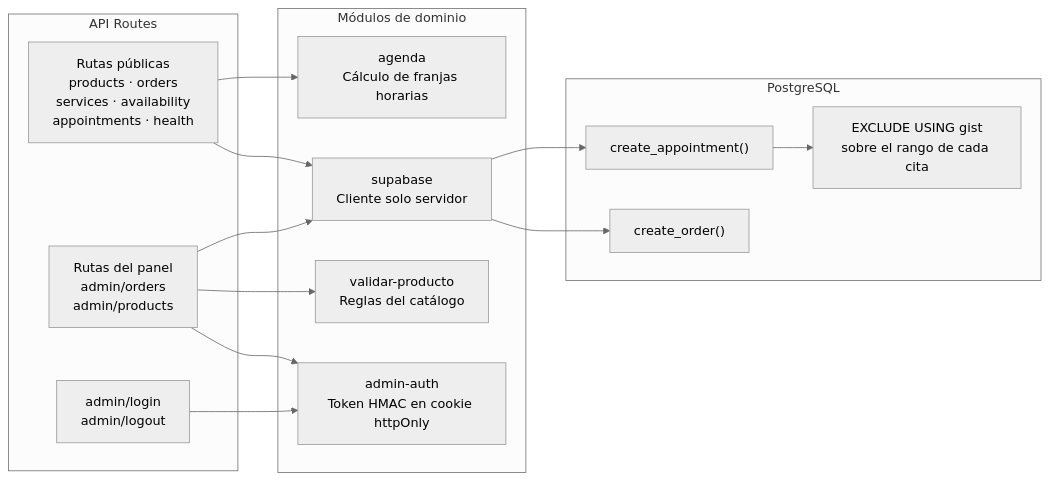
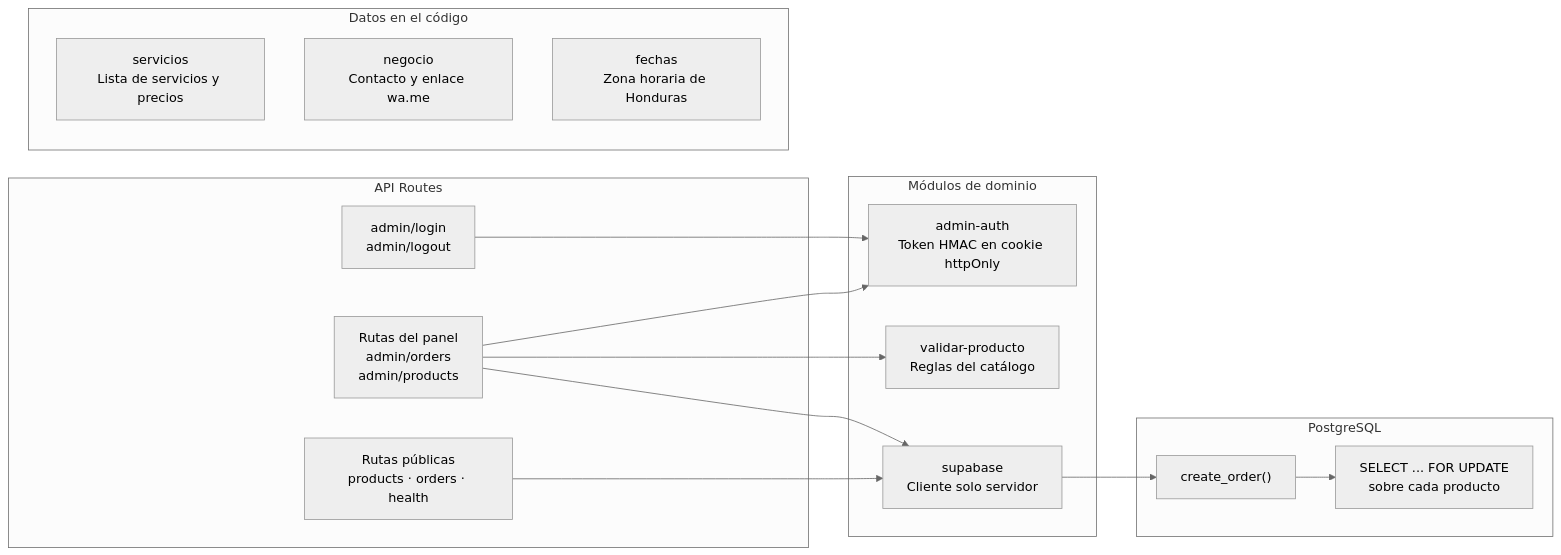
One commit to Alejandro-Paz05/Proyecto_ISW2 changed the third of 7 diagrams in docs/arquitectura.md. Above: the diagram before and after it, drawn with Mermaid (neutral theme). The commit also changed other lines of this file and 2 other files, not shown here.

````diff
--- a/docs/arquitectura.md
+++ b/docs/arquitectura.md
@@ -87,31 +98,33 @@
 ```mermaid
 flowchart LR
     subgraph rutas["API Routes"]
-        publicas["Rutas públicas<br/>products · orders<br/>services · availability<br/>appointments · health"]
+        publicas["Rutas públicas<br/>products · orders · health"]
         privadas["Rutas del panel<br/>admin/orders<br/>admin/products"]
         login["admin/login<br/>admin/logout"]
     end
 
     subgraph modulos["Módulos de dominio"]
         auth["admin-auth<br/>Token HMAC en cookie httpOnly"]
-        agenda["agenda<br/>Cálculo de franjas horarias"]
         validar["validar-producto<br/>Reglas del catálogo"]
         cliente["supabase<br/>Cliente solo servidor"]
     end
 
+    subgraph estaticos["Datos en el código"]
+        servicios["servicios<br/>Lista de servicios y precios"]
+        negocio["negocio<br/>Contacto y enlace wa.me"]
+        fechas["fechas<br/>Zona horaria de Honduras"]
+    end
+
     subgraph base["PostgreSQL"]
         co["create_order()"]
-        ca["create_appointment()"]
-        excl["EXCLUDE USING gist<br/>sobre el rango de cada cita"]
+        lock["SELECT ... FOR UPDATE<br/>sobre cada producto"]
     end
 
     publicas --> cliente
     privadas --> auth
     privadas --> validar
     privadas --> cliente
     login --> auth
-    publicas --> agenda
     cliente --> co
-    cliente --> ca
-    ca --> excl
+    co --> lock
 ```
````
